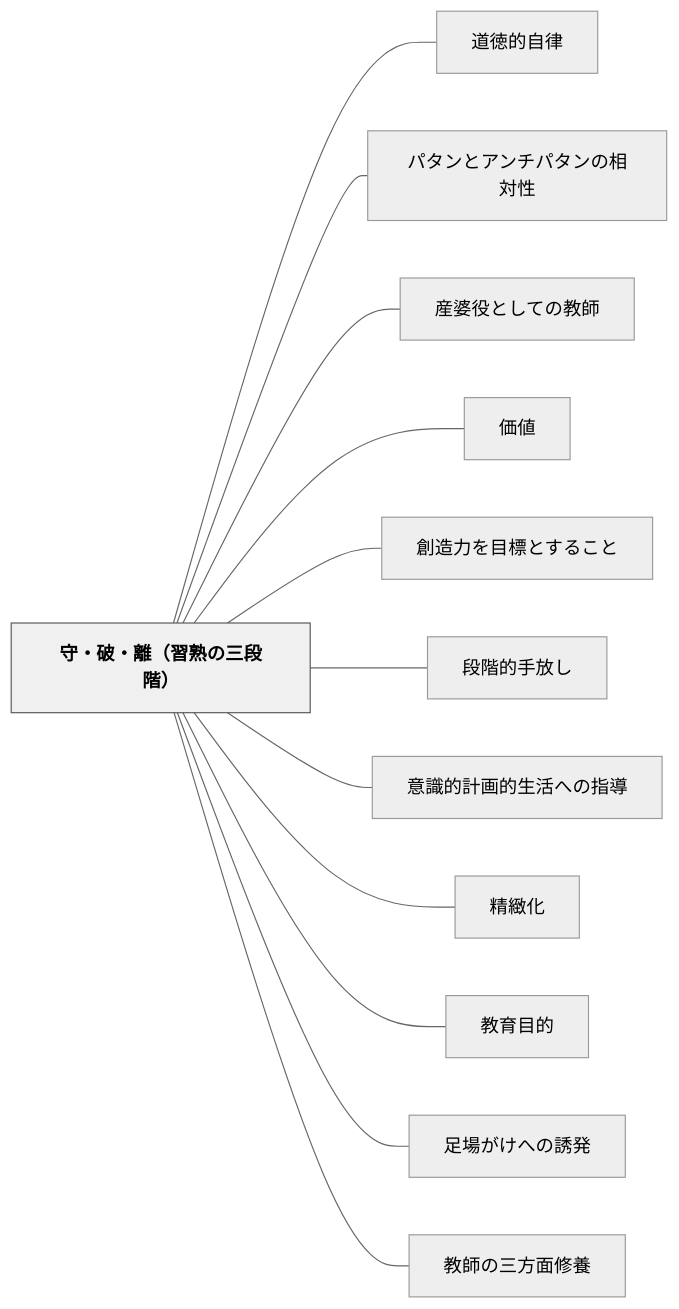
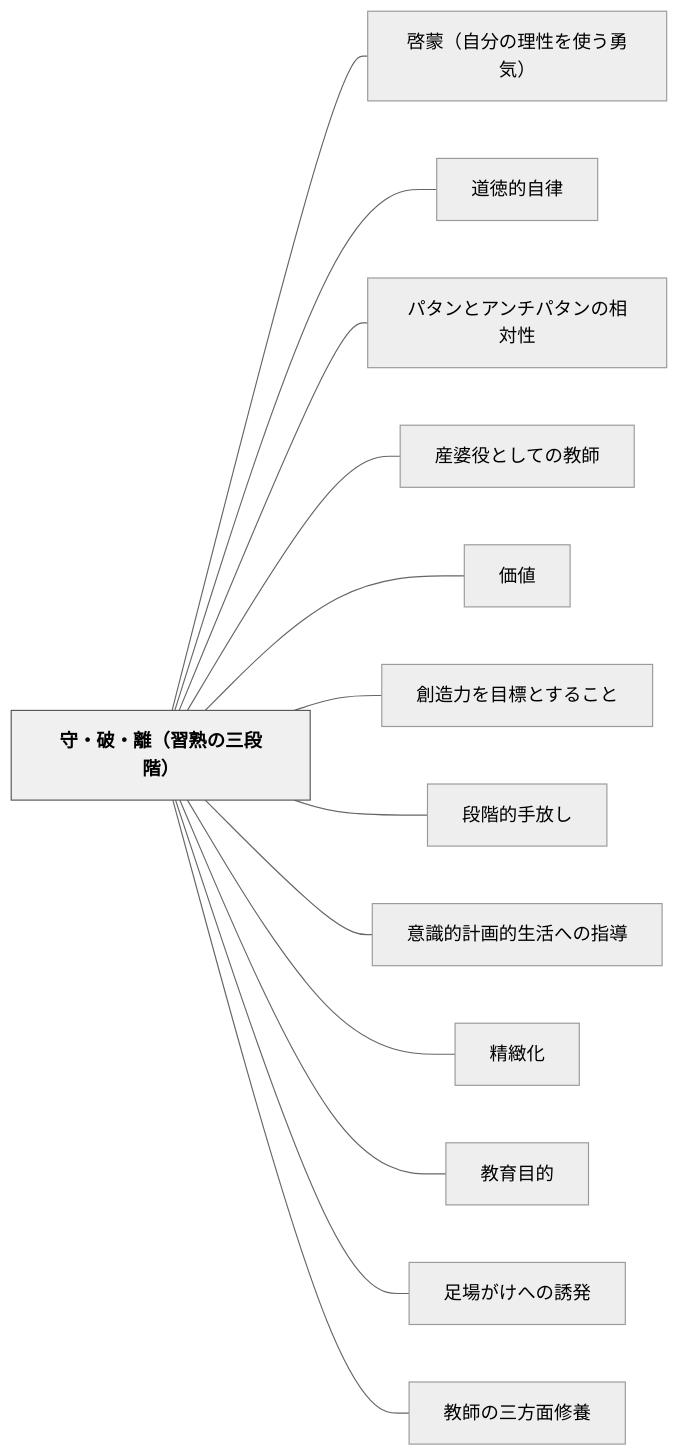
One commit to unknownthings-ed-patterns/unknownthings-ed-patterns changed the diagram in content/パタン/守・破・離（習熟の三段階）.md. Above: the diagram before and after it, drawn with Mermaid (neutral theme). The commit also changed other lines of this file and 16 other files, not shown here.

````diff
--- a/content/パタン/守・破・離（習熟の三段階）.md
+++ b/content/パタン/守・破・離（習熟の三段階）.md
@@ -164,30 +165,32 @@
 ```mermaid
 flowchart LR
     ne5ae88e383bbe7a0b4e383bbe99ba2efbc88e7bf92e7869fe381aee4b889e6aeb5e99a8eefbc89["守・破・離（習熟の三段階）"]
+    ne59593e89299efbc88e887aae58886e381aee79086e680a7e38292e4bdbfe38186e58b87e6b097efbc89["啓蒙（自分の理性を使う勇気）"]
     ne98193e5beb3e79a84e887aae5be8b["道徳的自律"]
     ne38391e382bfe383b3e381a8e382a2e383b3e38381e38391e382bfe383b3e381aee79bb8e5afbee680a7["パタンとアンチパタンの相対性"]
     ne794a3e5a986e5bdb9e381a8e38197e381a6e381aee69599e5b8ab["産婆役としての教師"]
     ne4bea1e580a4["価値"]
     ne589b5e980a0e58a9be38292e79baee6a899e381a8e38199e3828be38193e381a8["創造力を目標とすること"]
     ne6aeb5e99a8ee79a84e6898be694bee38197["段階的手放し"]
     ne6848fe8ad98e79a84e8a888e794bbe79a84e7949fe6b4bbe381b8e381aee68c87e5b08e["意識的計画的生活への指導"]
     ne7b2bee7b7bbe58c96["精緻化"]
     ne69599e882b2e79baee79a84["教育目的"]
     ne8b6b3e5a0b4e3818ce38191e381b8e381aee8aa98e799ba["足場がけへの誘発"]
     ne69599e5b8abe381aee4b889e696b9e99da2e4bfaee9a48a["教師の三方面修養"]
 
+    ne5ae88e383bbe7a0b4e383bbe99ba2efbc88e7bf92e7869fe381aee4b889e6aeb5e99a8eefbc89 --- ne59593e89299efbc88e887aae58886e381aee79086e680a7e38292e4bdbfe38186e58b87e6b097efbc89
     ne5ae88e383bbe7a0b4e383bbe99ba2efbc88e7bf92e7869fe381aee4b889e6aeb5e99a8eefbc89 --- ne98193e5beb3e79a84e887aae5be8b
     ne5ae88e383bbe7a0b4e383bbe99ba2efbc88e7bf92e7869fe381aee4b889e6aeb5e99a8eefbc89 --- ne38391e382bfe383b3e381a8e382a2e383b3e38381e38391e382bfe383b3e381aee79bb8e5afbee680a7
     ne5ae88e383bbe7a0b4e383bbe99ba2efbc88e7bf92e7869fe381aee4b889e6aeb5e99a8eefbc89 --- ne794a3e5a986e5bdb9e381a8e38197e381a6e381aee69599e5b8ab
     ne5ae88e383bbe7a0b4e383bbe99ba2efbc88e7bf92e7869fe381aee4b889e6aeb5e99a8eefbc89 --- ne4bea1e580a4
     ne5ae88e383bbe7a0b4e383bbe99ba2efbc88e7bf92e7869fe381aee4b889e6aeb5e99a8eefbc89 --- ne589b5e980a0e58a9be38292e79baee6a899e381a8e38199e3828be38193e381a8
     ne5ae88e383bbe7a0b4e383bbe99ba2efbc88e7bf92e7869fe381aee4b889e6aeb5e99a8eefbc89 --- ne6aeb5e99a8ee79a84e6898be694bee38197
     ne5ae88e383bbe7a0b4e383bbe99ba2efbc88e7bf92e7869fe381aee4b889e6aeb5e99a8eefbc89 --- ne6848fe8ad98e79a84e8a888e794bbe79a84e7949fe6b4bbe381b8e381aee68c87e5b08e
     ne5ae88e383bbe7a0b4e383bbe99ba2efbc88e7bf92e7869fe381aee4b889e6aeb5e99a8eefbc89 --- ne7b2bee7b7bbe58c96
     ne5ae88e383bbe7a0b4e383bbe99ba2efbc88e7bf92e7869fe381aee4b889e6aeb5e99a8eefbc89 --- ne69599e882b2e79baee79a84
     ne5ae88e383bbe7a0b4e383bbe99ba2efbc88e7bf92e7869fe381aee4b889e6aeb5e99a8eefbc89 --- ne8b6b3e5a0b4e3818ce38191e381b8e381aee8aa98e799ba
     ne5ae88e383bbe7a0b4e383bbe99ba2efbc88e7bf92e7869fe381aee4b889e6aeb5e99a8eefbc89 --- ne69599e5b8abe381aee4b889e696b9e99da2e4bfaee9a48a
 
     classDef hub fill:#f0f0f0,stroke:#555,color:#000,font-weight:bold
     class ne5ae88e383bbe7a0b4e383bbe99ba2efbc88e7bf92e7869fe381aee4b889e6aeb5e99a8eefbc89 hub
 ```
````
